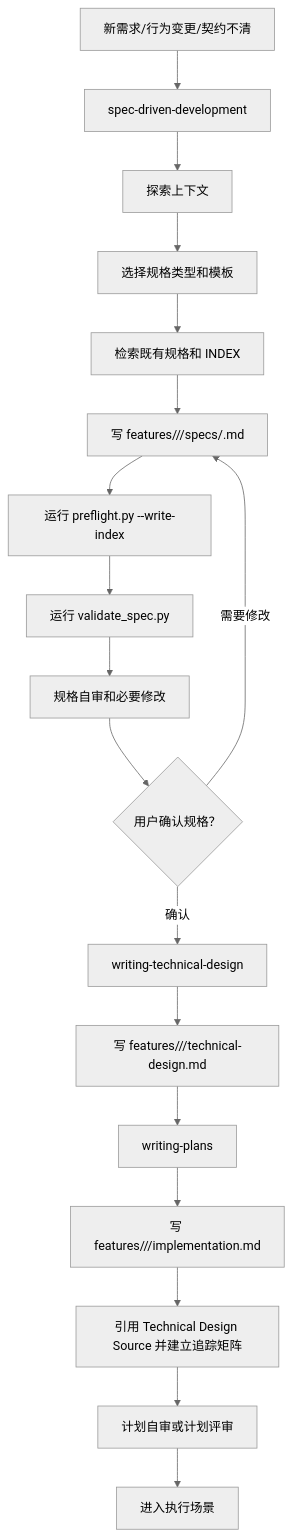
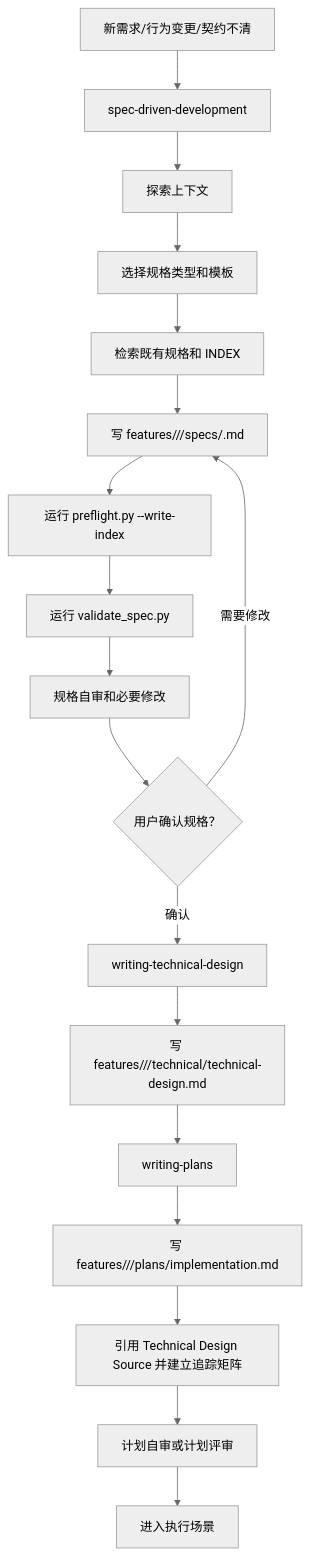
One commit to Vincen-dev/coding-plugins changed the third of 11 diagrams in docs/workflow-chain.md. Above: the diagram before and after it, drawn with Mermaid (neutral theme). The commit also changed other lines of this file and 43 other files, not shown here.

````diff
--- a/docs/workflow-chain.md
+++ b/docs/workflow-chain.md
@@ -177,20 +177,20 @@
 ```mermaid
 flowchart TD
   A["新需求/行为变更/契约不清"] --> B["spec-driven-development"]
   B --> C["探索上下文"]
   C --> D["选择规格类型和模板"]
   D --> E["检索既有规格和 INDEX"]
   E --> F["写 features/<area>/<capability>/specs/<spec-kind>.md"]
   F --> G["运行 preflight.py --write-index"]
   G --> H["运行 validate_spec.py"]
   H --> I["规格自审和必要修改"]
   I --> J{"用户确认规格？"}
   J -->|需要修改| F
   J -->|确认| TD["writing-technical-design"]
-  TD --> K["写 features/<area>/<capability>/technical-design.md"]
+  TD --> K["写 features/<area>/<capability>/technical/technical-design.md"]
   K --> L["writing-plans"]
-  L --> M["写 features/<area>/<capability>/implementation.md"]
+  L --> M["写 features/<area>/<capability>/plans/implementation.md"]
   M --> N["引用 Technical Design Source 并建立追踪矩阵"]
   N --> O["计划自审或计划评审"]
   O --> P["进入执行场景"]
 ```
````
